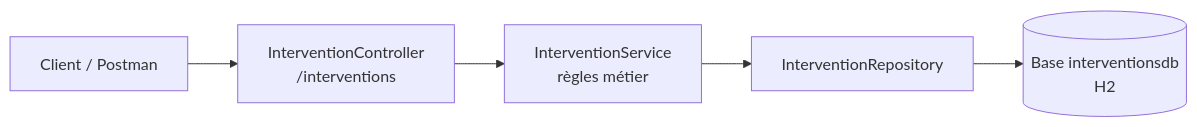
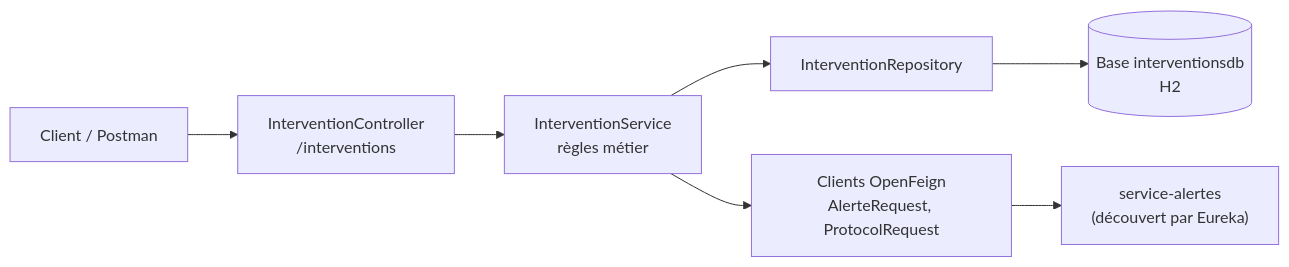
The diagram in service-interventions/README.md (labriguiOumaima/Tele_Care), drawn with Mermaid before and after one commit. The commit also changed other lines of this file and 11 other files, not shown here.

Commit message:
service-interventions : jalon v4.0, communication OpenFeign avec service-alertes (creation controlee, consultation enrichie, gestion des erreurs)

````diff
--- a/service-interventions/README.md
+++ b/service-interventions/README.md
@@ -28,7 +29,9 @@
 ```mermaid
 flowchart LR
     Client["Client / Postman"] --> C["InterventionController<br/>/interventions"]
     C --> S["InterventionService<br/>règles métier"]
     S --> R["InterventionRepository"]
+    S --> F["Clients OpenFeign<br/>AlerteRequest, ProtocolRequest"]
+    F --> A["service-alertes<br/>(découvert par Eureka)"]
     R --> DB[("Base interventionsdb<br/>H2")]
 ```
````
